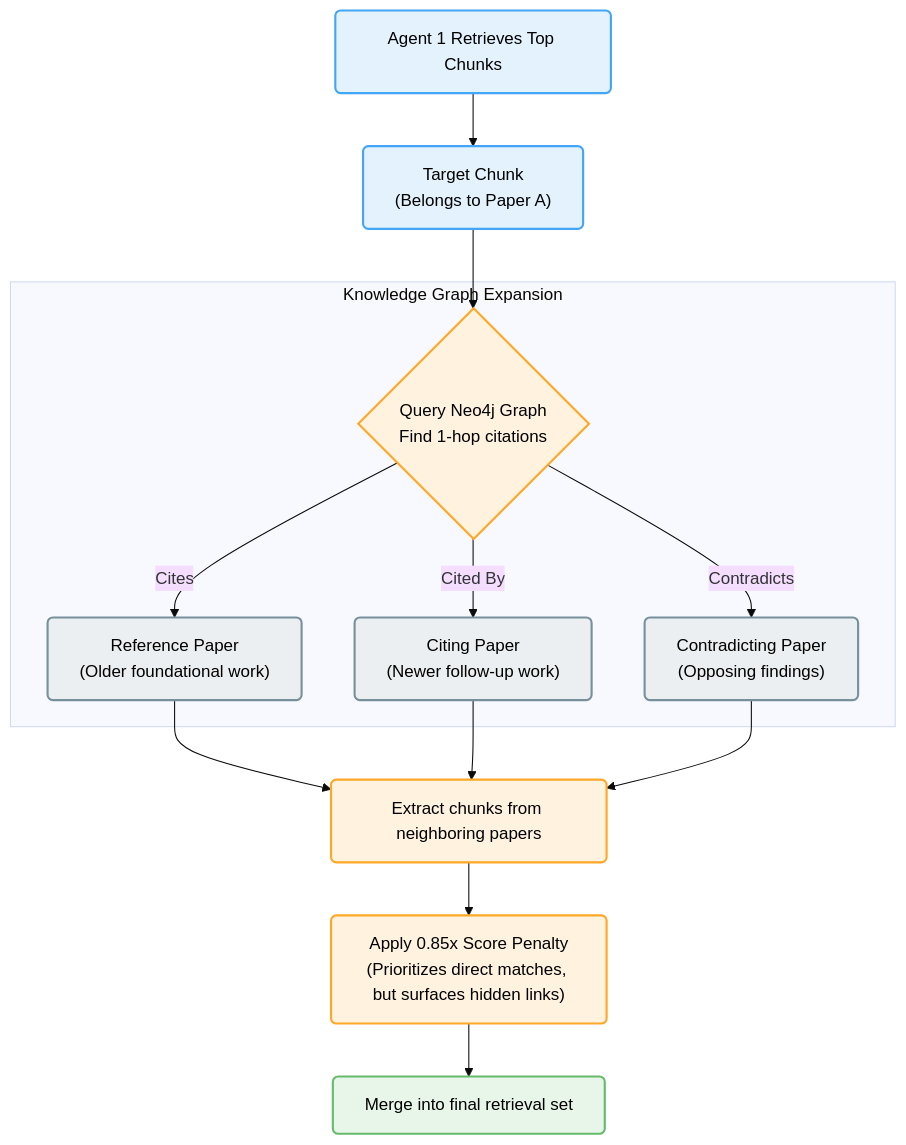
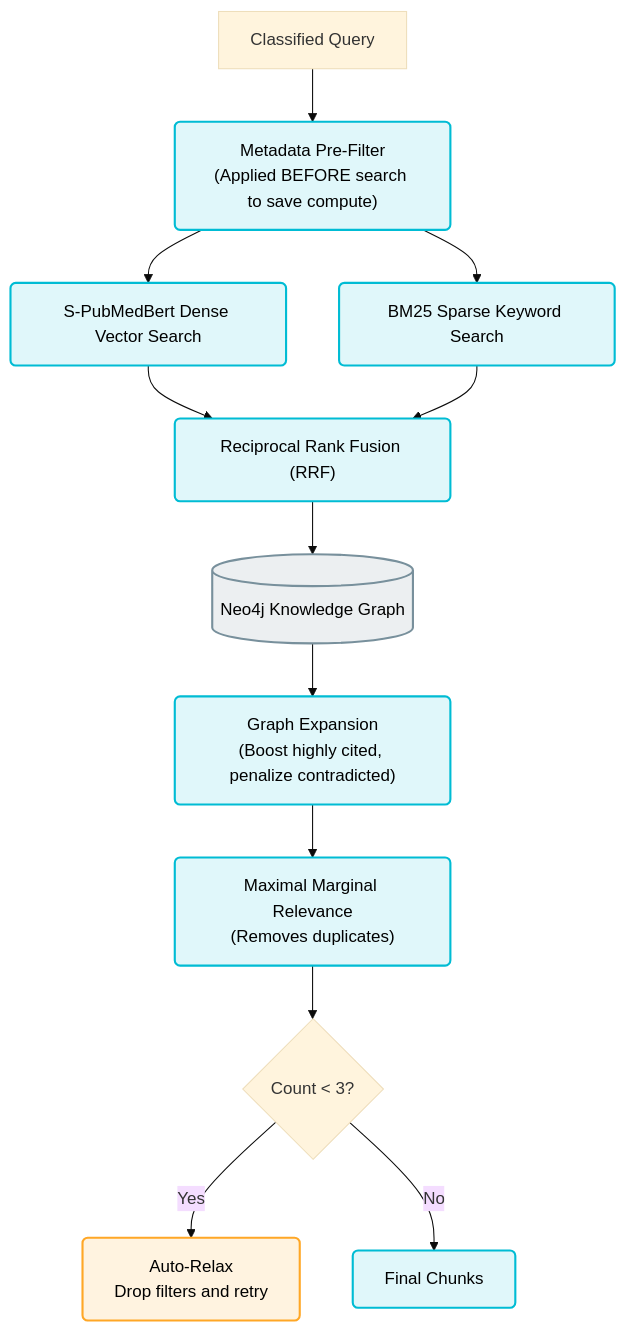
The fourth of 12 diagrams in ARCHITECTURE.md (pavan939111/SelfLearning_Rag), drawn with Mermaid (base theme) before and after one commit. The commit also changed other lines of this file and 2 other files, not shown here.

Commit message:
docs: finalize architecture documentation by merging highly-detailed agent and cycle diagrams into the new structure

````diff
--- a/ARCHITECTURE.md
+++ b/ARCHITECTURE.md
@@ -186,24 +92,23 @@
 ```mermaid
 flowchart TD
-    classDef start fill:#e3f2fd,stroke:#42a5f5,stroke-width:2px,color:#000,rx:5px
-    classDef kg fill:#eceff1,stroke:#78909c,stroke-width:2px,color:#000,rx:5px
-    classDef process fill:#fff3e0,stroke:#ffa726,stroke-width:2px,color:#000,rx:5px
-    classDef result fill:#e8f5e9,stroke:#66bb6a,stroke-width:2px,color:#000,rx:5px
+    classDef process fill:#e0f7fa,stroke:#00bcd4,stroke-width:2px,color:#000,rx:5px
+    classDef db fill:#eceff1,stroke:#78909c,stroke-width:2px,color:#000,rx:10px
+    classDef warning fill:#fff3e0,stroke:#ffa726,stroke-width:2px,color:#000,rx:5px
 
-    START["Agent 1 Retrieves Top Chunks"]:::start --> CHUNK["Target Chunk\n(Belongs to Paper A)"]:::start
+    Q["Classified Query"] --> META["Metadata Pre-Filter\n(Applied BEFORE search to save compute)"]:::process
     
-    CHUNK --> N4J{"Query Neo4j Graph\nFind 1-hop citations"}:::process
+    META --> DENSE["S-PubMedBert Dense Vector Search"]:::process
+    META --> SPARSE["BM25 Sparse Keyword Search"]:::process
     
-    subgraph GRAPH ["Knowledge Graph Expansion"]
-        N4J -->|"Cites"| REF["Reference Paper\n(Older foundational work)"]:::kg
-        N4J -->|"Cited By"| CIT["Citing Paper\n(Newer follow-up work)"]:::kg
-        N4J -->|"Contradicts"| CON["Contradicting Paper\n(Opposing findings)"]:::kg
-    end
+    DENSE --> RRF["Reciprocal Rank Fusion (RRF)"]:::process
+    SPARSE --> RRF
     
-    REF --> EXTRACT["Extract chunks from neighboring papers"]:::process
-    CIT --> EXTRACT
-    CON --> EXTRACT
+    RRF --> NEO4J[("Neo4j Knowledge Graph")]:::db
+    NEO4J --> EXPAND["Graph Expansion\n(Boost highly cited, penalize contradicted)"]:::process
     
-    EXTRACT --> PENALTY["Apply 0.85x Score Penalty\n(Prioritizes direct matches, but surfaces hidden links)"]:::process
-    PENALTY --> MERGE["Merge into final retrieval set"]:::result
+    EXPAND --> MMR["Maximal Marginal Relevance\n(Removes duplicates)"]:::process
+    
+    MMR --> CHECK{"Count < 3?"}
+    CHECK -->|"Yes"| RELAX["Auto-Relax\nDrop filters and retry"]:::warning
+    CHECK -->|"No"| OUT["Final Chunks"]:::process
 ```
````
